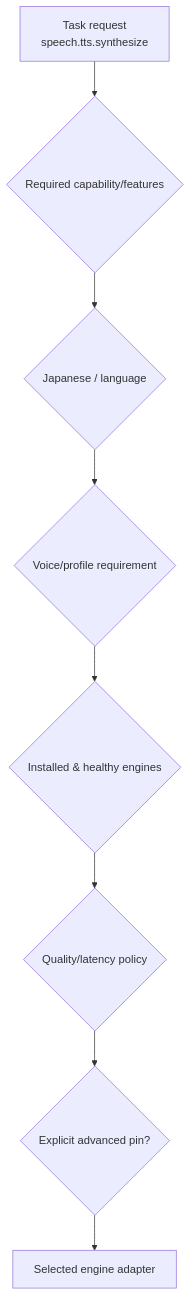
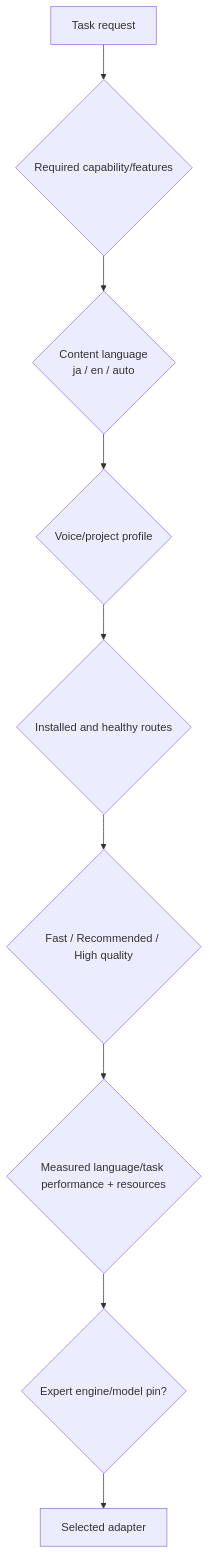
Before and after one commit to souten-yd/ControlDeckSonicForge: the eighth of 13 diagrams in docs/12-architecture-diagrams.md, drawn with Mermaid. The commit also changed other lines of this file, not shown here.

Commit message:
docs: align diagrams with signed bilingual setup

````diff
--- a/docs/12-architecture-diagrams.md
+++ b/docs/12-architecture-diagrams.md
@@ -170,13 +211,14 @@
 ```mermaid
 flowchart TD
-    R[Task request<br/>speech.tts.synthesize]
+    R[Task request]
     C{Required capability/features}
-    L{Japanese / language}
-    V{Voice/profile requirement}
-    H{Installed & healthy engines}
-    Q{Quality/latency policy}
-    P{Explicit advanced pin?}
-    E[Selected engine adapter]
+    L{Content language<br/>ja / en / auto}
+    V{Voice/project profile}
+    H{Installed and healthy routes}
+    Q{Fast / Recommended / High quality}
+    M{Measured language/task performance + resources}
+    P{Expert engine/model pin?}
+    E[Selected adapter]
 
-    R --> C --> L --> V --> H --> Q --> P --> E
+    R --> C --> L --> V --> H --> Q --> M --> P --> E
 ```
````
